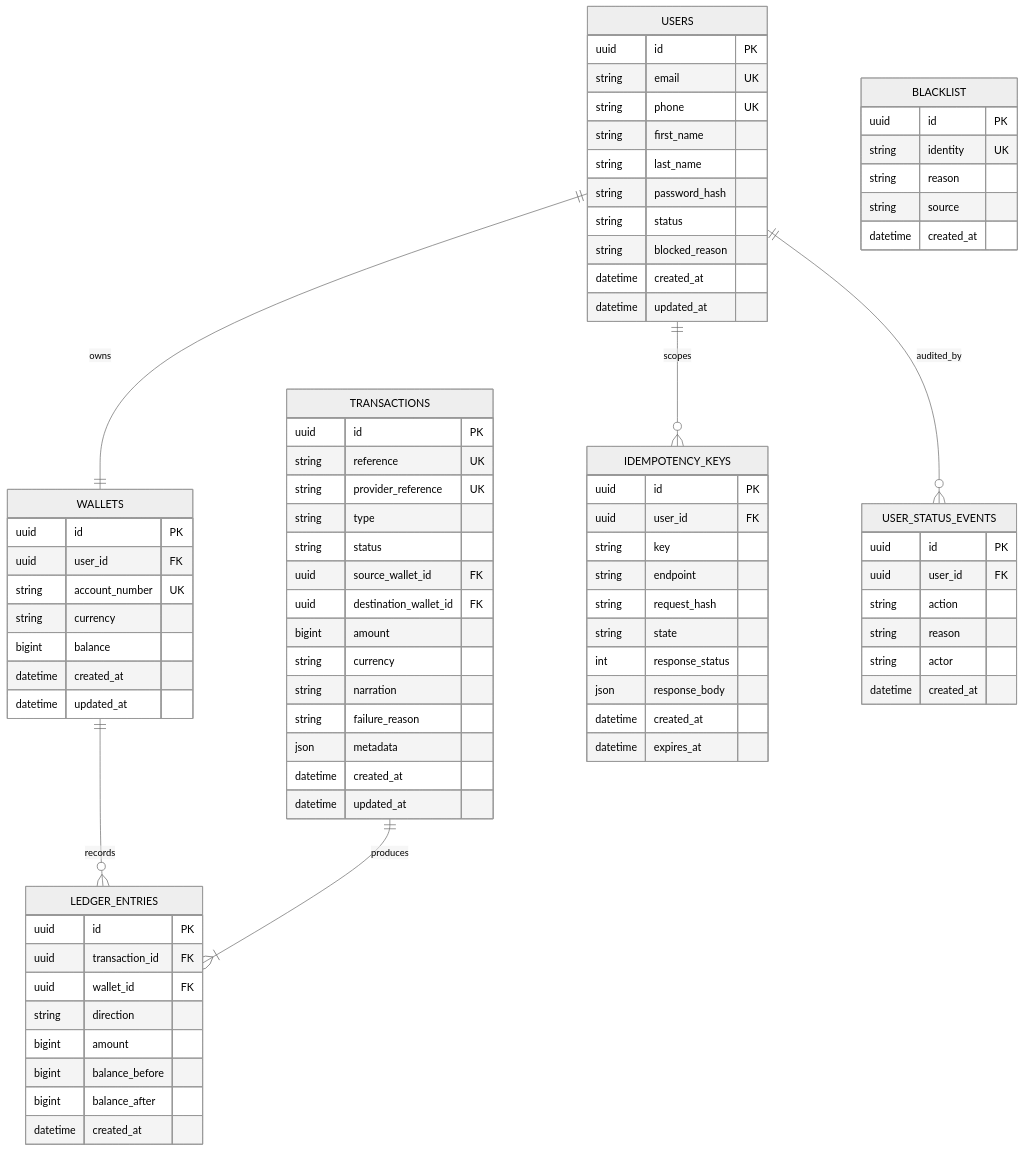
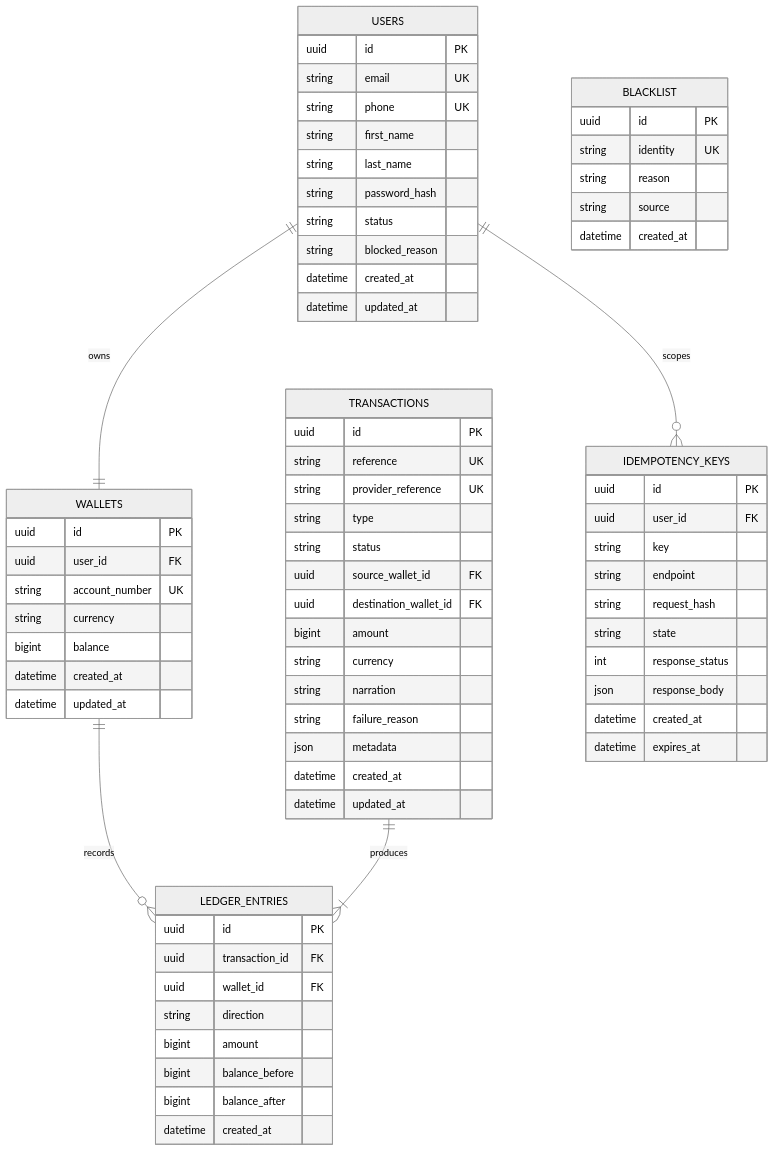
Before and after one commit to winnerdebest/lendsqr-be-test: the diagram in README.md, drawn with Mermaid (neutral theme). The commit also changed 25 other files, not shown here.

Commit message:
refactor: simplify env config, deduplicate wallet settlement, and streamline schema to 6 core tables

````diff
--- a/README.md
+++ b/README.md
@@ -43,7 +43,6 @@
     WALLETS ||--o{ LEDGER_ENTRIES : records
     TRANSACTIONS ||--|{ LEDGER_ENTRIES : produces
     USERS ||--o{ IDEMPOTENCY_KEYS : scopes
-    USERS ||--o{ USER_STATUS_EVENTS : audited_by
 
     USERS {
         uuid id PK
@@ -111,12 +110,4 @@
         string source
         datetime created_at
     }
-    USER_STATUS_EVENTS {
-        uuid id PK
-        uuid user_id FK
-        string action
-        string reason
-        string actor
-        datetime created_at
-    }
 ```
````
